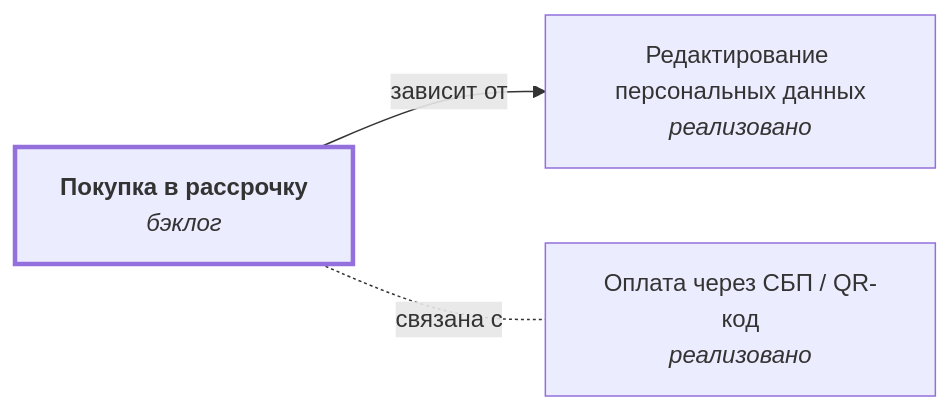
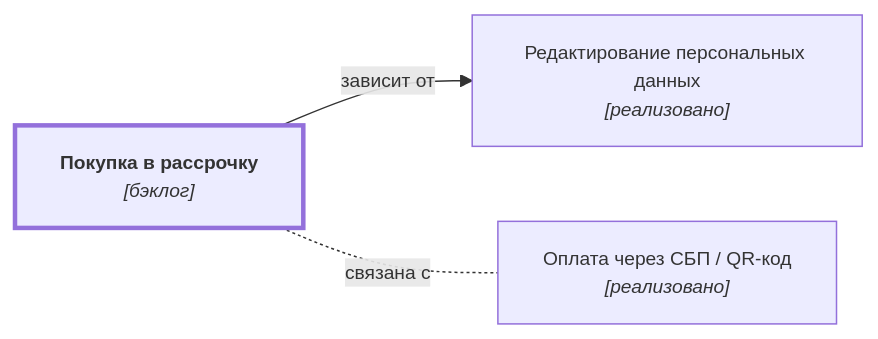
One commit to DmitryKhilko/example-app-requirements changed the diagram in docs/specifications/orders/credit-pay.md. Above: the diagram before and after it, drawn with Mermaid. The commit also changed other lines of this file and 21 other files, not shown here.

````diff
--- a/docs/specifications/orders/credit-pay.md
+++ b/docs/specifications/orders/credit-pay.md
@@ -29,15 +29,16 @@
 ```mermaid
+%%{init: {"themeVariables": {"fontSize": "12.8px"}}}%%
 flowchart LR
-    n0["<b>Покупка в рассрочку</b><br/><i>бэклог</i>"]
-    n1["Редактирование персональных данных<br/><i>реализовано</i>"]
-    n2["Оплата через СБП / QR-код<br/><i>реализовано</i>"]
+    n0["<b>Покупка в рассрочку</b><br/><i>[бэклог]</i>"]
+    n1["Редактирование персональных данных<br/><i>[реализовано]</i>"]
+    n2["Оплата через СБП / QR-код<br/><i>[реализовано]</i>"]
     n0 -->|"зависит от"| n1
     n0 -.-|"связана с"| n2
 
     classDef current stroke-width:3px
     classDef archived stroke-dasharray:5 4
     class n0 current
 
     click n1 "../../profile/edit-data/"
     click n2 "../payment-sbp/"
 ```
````
